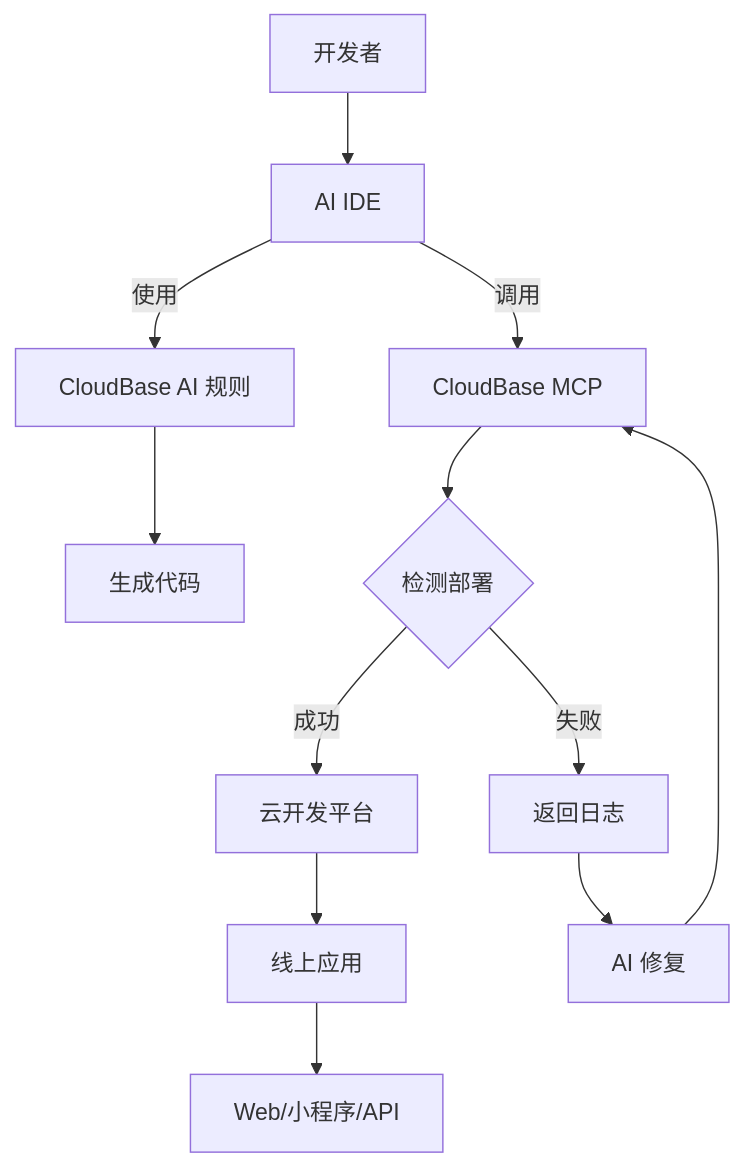
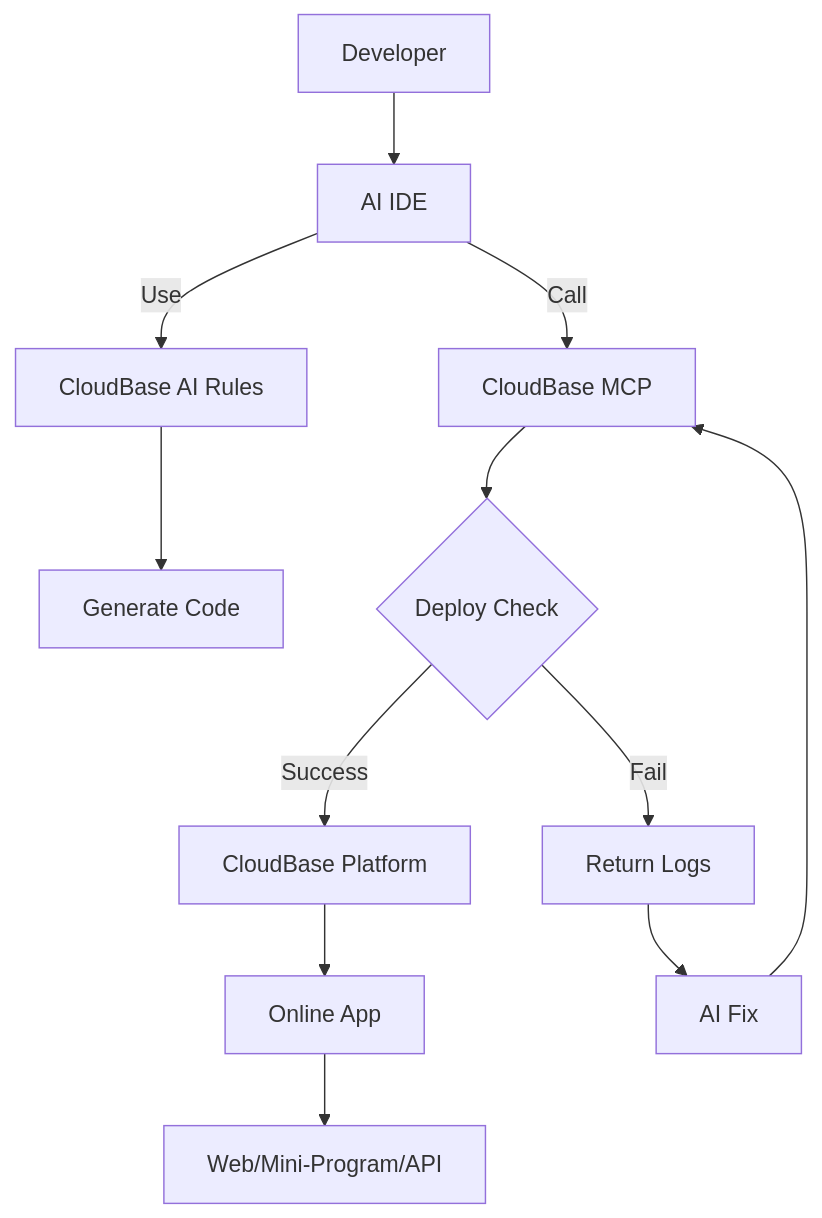
The diagram in README.md (TencentCloudBase/CloudBase-AI-ToolKit), drawn with Mermaid before and after one commit. The commit also changed other lines of this file and 1 other file, not shown here.

````diff
--- a/README.md
+++ b/README.md
@@ -478,14 +462,14 @@
 ```mermaid
 graph TD
-    A[开发者] --> B[AI IDE]
-    B -->|使用| C[CloudBase AI 规则]
-    C --> D[生成代码]
-    B -->|调用| E[CloudBase MCP]
-    E --> F{检测部署}
-    F -->|成功| G[云开发平台]
-    F -->|失败| H[返回日志]
-    H --> I[AI 修复]
+    A[Developer] --> B[AI IDE]
+    B -->|Use| C[CloudBase AI Rules]
+    C --> D[Generate Code]
+    B -->|Call| E[CloudBase MCP]
+    E --> F{Deploy Check}
+    F -->|Success| G[CloudBase Platform]
+    F -->|Fail| H[Return Logs]
+    H --> I[AI Fix]
     I --> E
-    G --> J[线上应用]
-    J --> K[Web/小程序/API]
+    G --> J[Online App]
+    J --> K[Web/Mini-Program/API]
 ```
````
